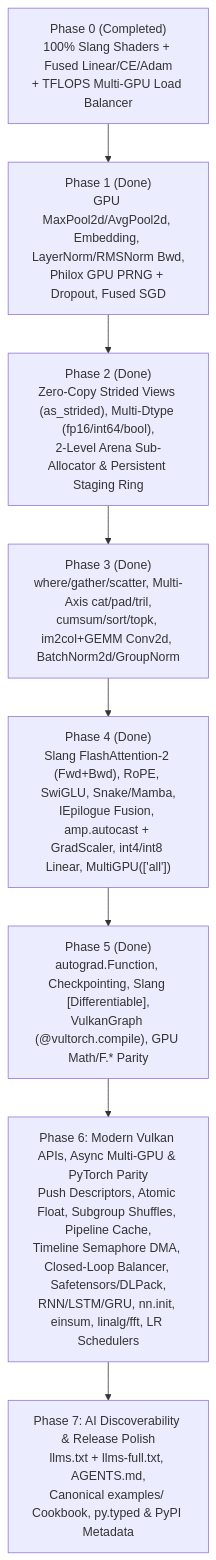
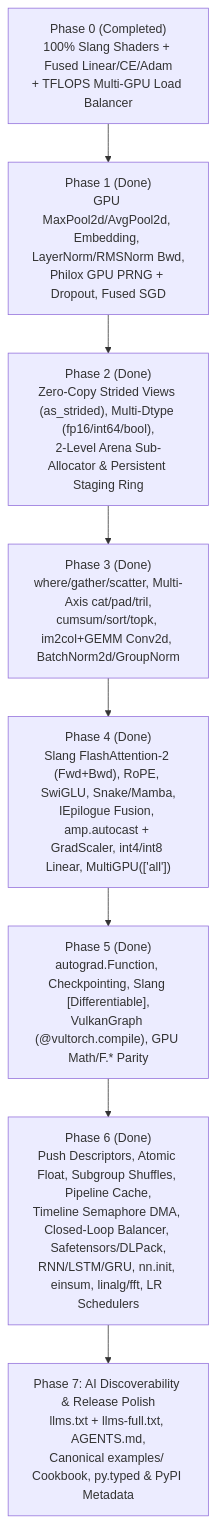
One commit to vinaybhargav/VulTorch changed the diagram in IMPLEMENTATION.md. Above: the diagram before and after it, drawn with Mermaid. The commit also changed other lines of this file and 1 other file, not shown here.

Commit message:
docs: mark Phase 6 as completed in IMPLEMENTATION.md

````diff
--- a/IMPLEMENTATION.md
+++ b/IMPLEMENTATION.md
@@ -486,13 +485,13 @@
 ```mermaid
 flowchart TD
     P0["Phase 0 (Completed)<br/>100% Slang Shaders + Fused Linear/CE/Adam<br/>+ TFLOPS Multi-GPU Load Balancer"]
     P1["Phase 1 (Done)<br/>GPU MaxPool2d/AvgPool2d, Embedding, LayerNorm/RMSNorm Bwd,<br/>Philox GPU PRNG + Dropout, Fused SGD"]
     P2["Phase 2 (Done)<br/>Zero-Copy Strided Views (as_strided), Multi-Dtype (fp16/int64/bool),<br/>2-Level Arena Sub-Allocator & Persistent Staging Ring"]
     P3["Phase 3 (Done)<br/>where/gather/scatter, Multi-Axis cat/pad/tril,<br/>cumsum/sort/topk, im2col+GEMM Conv2d, BatchNorm2d/GroupNorm"]
     P4["Phase 4 (Done)<br/>Slang FlashAttention-2 (Fwd+Bwd), RoPE, SwiGLU, Snake/Mamba,<br/>IEpilogue Fusion, amp.autocast + GradScaler, int4/int8 Linear, MultiGPU(['all'])"]
     P5["Phase 5 (Done)<br/>autograd.Function, Checkpointing, Slang [Differentiable],<br/>VulkanGraph (@vultorch.compile), GPU Math/F.* Parity"]
-    P6["Phase 6: Modern Vulkan APIs, Async Multi-GPU & PyTorch Parity<br/>Push Descriptors, Atomic Float, Subgroup Shuffles, Pipeline Cache,<br/>Timeline Semaphore DMA, Closed-Loop Balancer, Safetensors/DLPack,<br/>RNN/LSTM/GRU, nn.init, einsum, linalg/fft, LR Schedulers"]
+    P6["Phase 6 (Done)<br/>Push Descriptors, Atomic Float, Subgroup Shuffles, Pipeline Cache,<br/>Timeline Semaphore DMA, Closed-Loop Balancer, Safetensors/DLPack,<br/>RNN/LSTM/GRU, nn.init, einsum, linalg/fft, LR Schedulers"]
     P7["Phase 7: AI Discoverability & Release Polish<br/>llms.txt + llms-full.txt, AGENTS.md,<br/>Canonical examples/ Cookbook, py.typed & PyPI Metadata"]
 
     P0 --> P1 --> P2 --> P3 --> P4 --> P5 --> P6 --> P7
 ```
````
